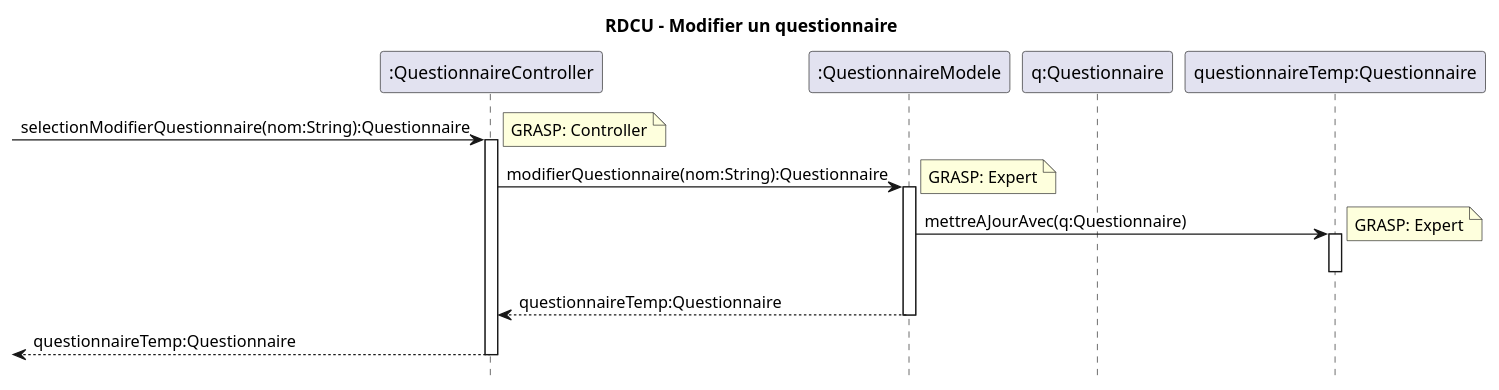
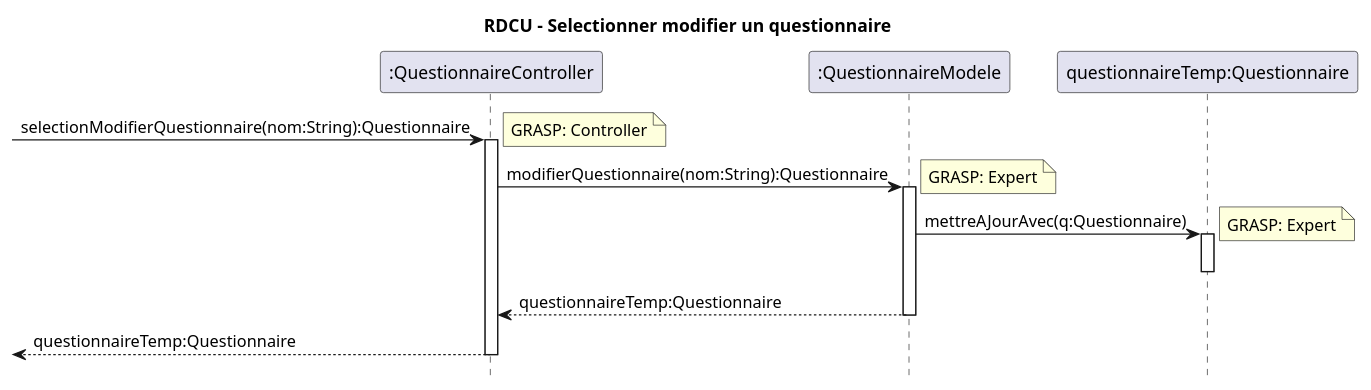
Before and after one commit to xMrYahya/moodle-clone: the diagram in docs/modeles/cu05/rdcu-selection-modifier-questionnaire.puml, drawn with PlantUML. The commit also changed 19 other files, not shown here.

```diff
--- a/docs/modeles/cu05/rdcu-selection-modifier-questionnaire.puml
+++ b/docs/modeles/cu05/rdcu-selection-modifier-questionnaire.puml
@@ -1,20 +1,19 @@
 @startuml
 hide footbox
-title RDCU - Modifier un questionnaire
+title RDCU - Selectionner modifier un questionnaire
 
 participant ":QuestionnaireController" as controller
 participant ":QuestionnaireModele" as questionnaireModele
-participant "q:Questionnaire" as q
 participant "questionnaireTemp:Questionnaire" as temp
 
 -> controller ++: selectionModifierQuestionnaire(nom:String):Questionnaire
 note right: GRASP: Controller
 controller -> questionnaireModele ++: modifierQuestionnaire(nom:String):Questionnaire
 note right: GRASP: Expert
 questionnaireModele -> temp ++: mettreAJourAvec(q:Questionnaire)
 note right: GRASP: Expert
 deactivate temp
 questionnaireModele --> controller --: questionnaireTemp:Questionnaire
 <-- controller --: questionnaireTemp:Questionnaire
 
 @enduml
```
